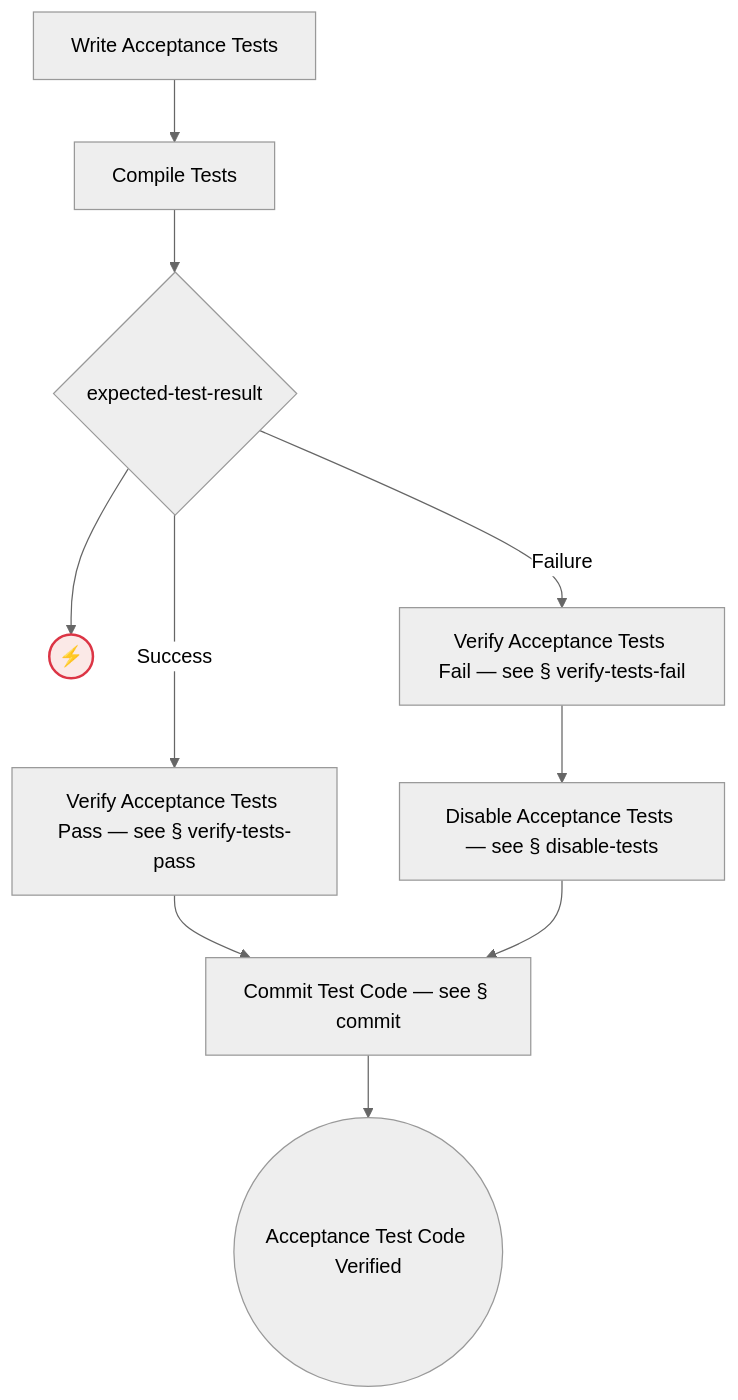
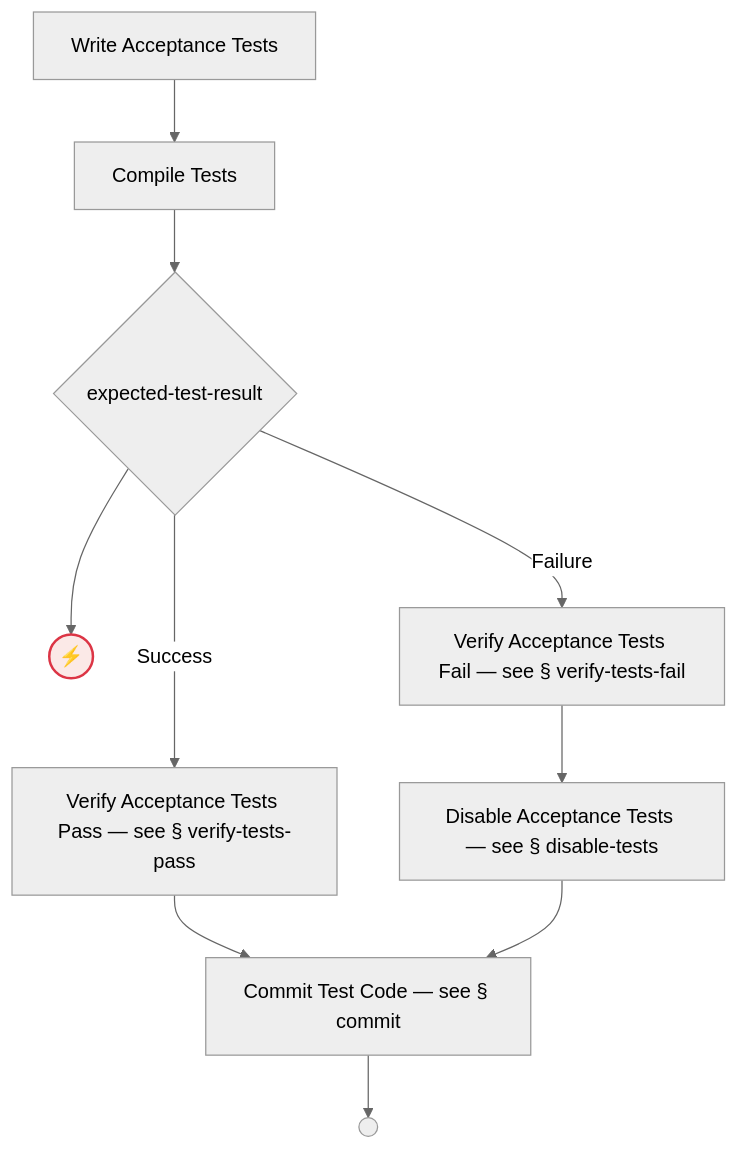
One commit to optivem/gh-optivem changed diagram 15 of 53 in docs/process-diagram.md. Above: the diagram before and after it, drawn with Mermaid (neutral theme). The commit also changed other lines of this file and 1 other file, not shown here.

````diff
--- a/docs/process-diagram.md
+++ b/docs/process-diagram.md
@@ -299,25 +297,25 @@
 ```mermaid
 flowchart TD
     COMMIT_TEST_CODE[Commit Test Code — see § commit]
     COMPILE_TESTS[Compile Tests]
     DISABLE_ACCEPTANCE_TESTS[Disable Acceptance Tests — see § disable-tests]
     GATE_EXPECTED_TEST_RESULT{expected-test-result}
     UNKNOWN_EXPECTED_TEST_RESULT((⚡))
     VERIFY_TESTS_FAIL_ACCEPTANCE[Verify Acceptance Tests Fail — see § verify-tests-fail]
     VERIFY_TESTS_PASS_ACCEPTANCE[Verify Acceptance Tests Pass — see § verify-tests-pass]
-    WAV_AT_CODE_END((Acceptance Test Code Verified))
+    WAV_AT_CODE_END(( ))
     WRITE_ACCEPTANCE_TESTS[Write Acceptance Tests]
 
     WRITE_ACCEPTANCE_TESTS --> COMPILE_TESTS
     COMPILE_TESTS --> GATE_EXPECTED_TEST_RESULT
     GATE_EXPECTED_TEST_RESULT -- Success --> VERIFY_TESTS_PASS_ACCEPTANCE
     GATE_EXPECTED_TEST_RESULT -- Failure --> VERIFY_TESTS_FAIL_ACCEPTANCE
     GATE_EXPECTED_TEST_RESULT --> UNKNOWN_EXPECTED_TEST_RESULT
     VERIFY_TESTS_PASS_ACCEPTANCE --> COMMIT_TEST_CODE
     VERIFY_TESTS_FAIL_ACCEPTANCE --> DISABLE_ACCEPTANCE_TESTS
     DISABLE_ACCEPTANCE_TESTS --> COMMIT_TEST_CODE
     COMMIT_TEST_CODE --> WAV_AT_CODE_END
 
     classDef errorEndNode fill:#fbe9e7,stroke:#dc3545,stroke-width:2px,color:#000000
     class UNKNOWN_EXPECTED_TEST_RESULT errorEndNode
 ```
````
